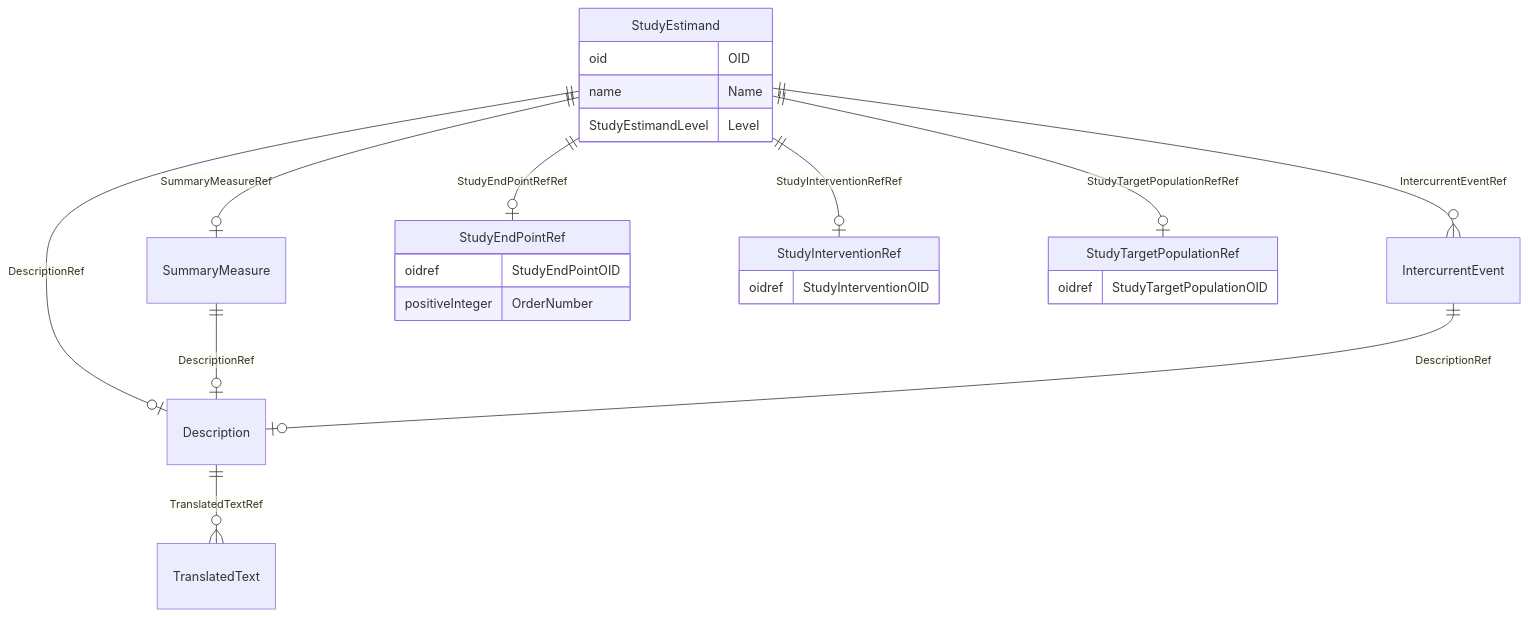
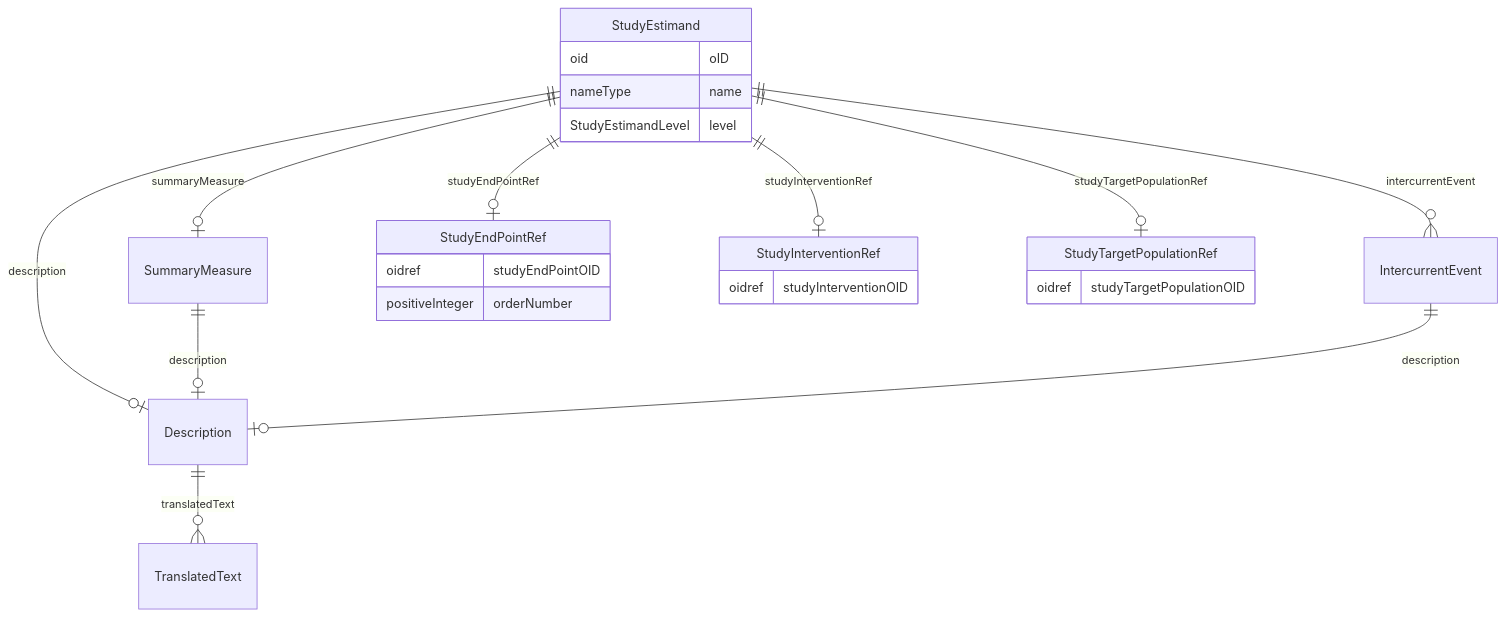
One commit to cdisc-org/DataExchange-ODM-LinkML changed the diagram in docs/StudyEstimand.md. Above: the diagram before and after it, drawn with Mermaid. The commit also changed other lines of this file and 759 other files, not shown here.

````diff
--- a/docs/StudyEstimand.md
+++ b/docs/StudyEstimand.md
@@ -11,38 +11,38 @@
 ```mermaid
 erDiagram
 StudyEstimand {
-    oid OID  
-    name Name  
-    StudyEstimandLevel Level  
+    oid oID  
+    nameType name  
+    StudyEstimandLevel level  
 }
 SummaryMeasure {
 
 }
 Description {
 
 }
 IntercurrentEvent {
 
 }
 StudyEndPointRef {
-    oidref StudyEndPointOID  
-    positiveInteger OrderNumber  
+    oidref studyEndPointOID  
+    positiveInteger orderNumber  
 }
 StudyInterventionRef {
-    oidref StudyInterventionOID  
+    oidref studyInterventionOID  
 }
 StudyTargetPopulationRef {
-    oidref StudyTargetPopulationOID  
+    oidref studyTargetPopulationOID  
 }
 
-StudyEstimand ||--|o Description : "DescriptionRef"
-StudyEstimand ||--|o StudyTargetPopulationRef : "StudyTargetPopulationRefRef"
-StudyEstimand ||--|o StudyInterventionRef : "StudyInterventionRefRef"
-StudyEstimand ||--|o StudyEndPointRef : "StudyEndPointRefRef"
-StudyEstimand ||--}o IntercurrentEvent : "IntercurrentEventRef"
-StudyEstimand ||--|o SummaryMeasure : "SummaryMeasureRef"
-SummaryMeasure ||--|o Description : "DescriptionRef"
-Description ||--}o TranslatedText : "TranslatedTextRef"
-IntercurrentEvent ||--|o Description : "DescriptionRef"
+StudyEstimand ||--|o Description : "description"
+StudyEstimand ||--|o StudyTargetPopulationRef : "studyTargetPopulationRef"
+StudyEstimand ||--|o StudyInterventionRef : "studyInterventionRef"
+StudyEstimand ||--|o StudyEndPointRef : "studyEndPointRef"
+StudyEstimand ||--}o IntercurrentEvent : "intercurrentEvent"
+StudyEstimand ||--|o SummaryMeasure : "summaryMeasure"
+SummaryMeasure ||--|o Description : "description"
+Description ||--}o TranslatedText : "translatedText"
+IntercurrentEvent ||--|o Description : "description"
 
 ```
````
